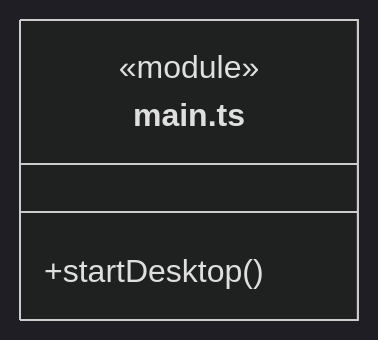
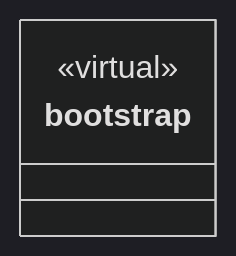
One commit to nan023062/cbim changed the second of 2 diagrams in src/bridge/server/ARCHITECTURE.md. Above: the diagram before and after it, drawn with Mermaid (dark theme). The commit also changed other lines of this file and 158 other files, not shown here.

Commit message:
docs: model architecture through nested virtual encapsulations

````diff
--- a/src/bridge/server/ARCHITECTURE.md
+++ b/src/bridge/server/ARCHITECTURE.md
@@ -133,7 +57,7 @@
 ```mermaid
 classDiagram
-class N_src_bridge_server_main_ts["main.ts"] {
-  <<module>>
-  +startDesktop()
+class N_efcc6effcb00["bootstrap"] {
+  <<virtual>>
 }
+click N_efcc6effcb00 href "bootstrap/ARCHITECTURE.md"
 ```
````
